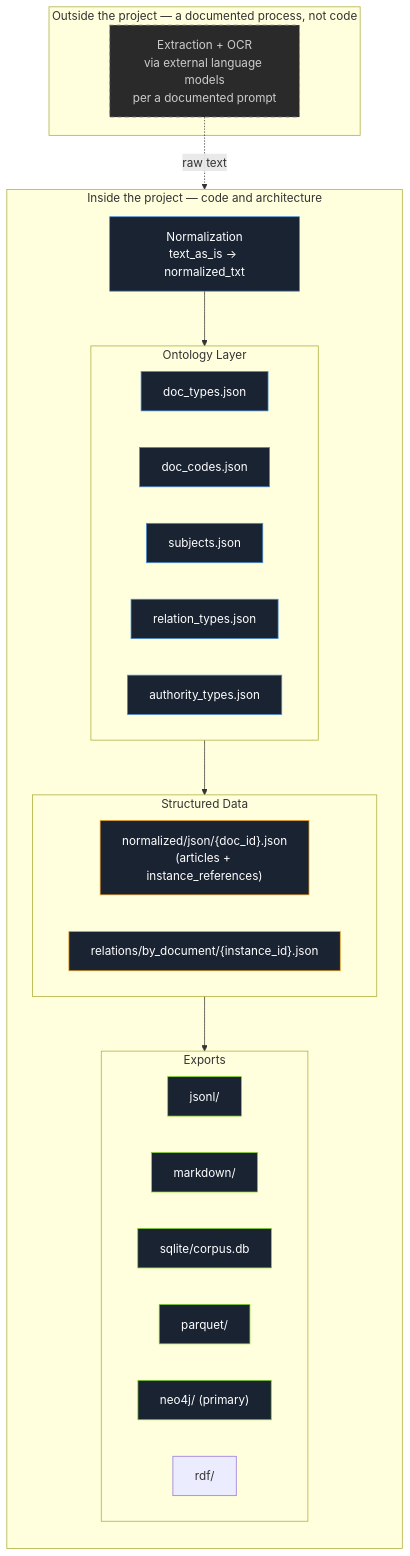
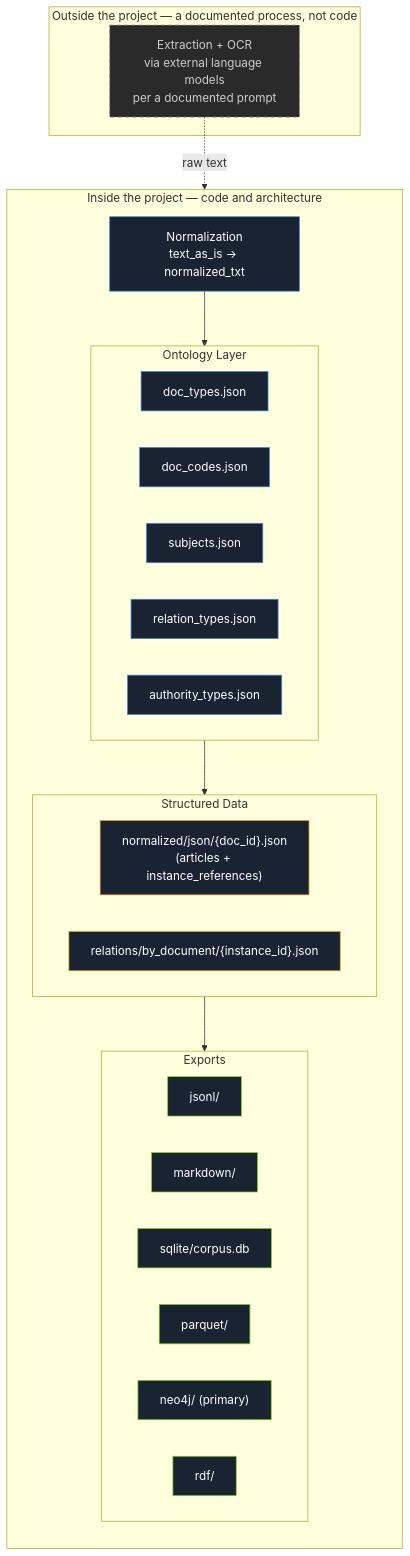
One commit to heshammalek/ELKM-Egyptian-Legal-Knowledge-Model changed the first of 4 diagrams in README.md. Above: the diagram before and after it, drawn with Mermaid. The commit also changed other lines of this file, not shown here.

````diff
--- a/README.md
+++ b/README.md
@@ -178,57 +178,58 @@
 ```mermaid
 flowchart TB
     subgraph external ["Outside the project — a documented process, not code"]
         ocr["Extraction + OCR<br/>via external language models<br/>per a documented prompt"]
     end
 
     subgraph project ["Inside the project — code and architecture"]
         direction TB
 
         norm["Normalization<br/>text_as_is → normalized_txt"]
 
         subgraph ontology ["Ontology Layer"]
             direction LR
             ont1["doc_types.json"]
             ont2["doc_codes.json"]
             ont3["subjects.json"]
             ont4["relation_types.json"]
             ont5["authority_types.json"]
         end
 
         subgraph structured ["Structured Data"]
             direction LR
             st1["normalized/json/{doc_id}.json<br/>(articles + instance_references)"]
             st2["relations/by_document/{instance_id}.json"]
         end
 
         subgraph exports ["Exports"]
             direction LR
             exp1["jsonl/"]
             exp2["markdown/"]
             exp3["sqlite/corpus.db"]
             exp4["parquet/"]
             exp5["neo4j/ (primary)"]
             exp6["rdf/"]
         end
     end
 
     ocr -.raw text.-> norm
     norm --> ontology
     ontology --> structured
     structured --> exports
 
     style ocr fill:#2a2a2a,stroke:#888,color:#ccc,stroke-dasharray: 5 5
     style norm fill:#1a2332,stroke:#4a90d9,color:#fff
     style ont1 fill:#1a2332,stroke:#4a90d9,color:#fff
     style ont2 fill:#1a2332,stroke:#4a90d9,color:#fff
     style ont3 fill:#1a2332,stroke:#4a90d9,color:#fff
     style ont4 fill:#1a2332,stroke:#4a90d9,color:#fff
     style ont5 fill:#1a2332,stroke:#4a90d9,color:#fff
     style st1 fill:#1a2332,stroke:#f5a623,color:#fff
     style st2 fill:#1a2332,stroke:#f5a623,color:#fff
     style exp1 fill:#1a2332,stroke:#7ed321,color:#fff
     style exp2 fill:#1a2332,stroke:#7ed321,color:#fff
     style exp3 fill:#1a2332,stroke:#7ed321,color:#fff
     style exp4 fill:#1a2332,stroke:#7ed321,color:#fff
     style exp5 fill:#1a2332,stroke:#7ed321,color:#fff
+    style exp6 fill:#1a2332,stroke:#7ed321,color:#fff
 ```
````
